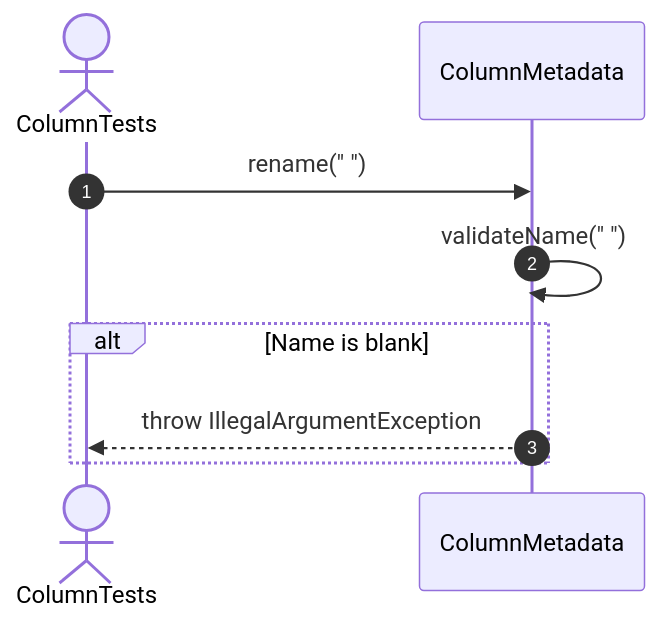
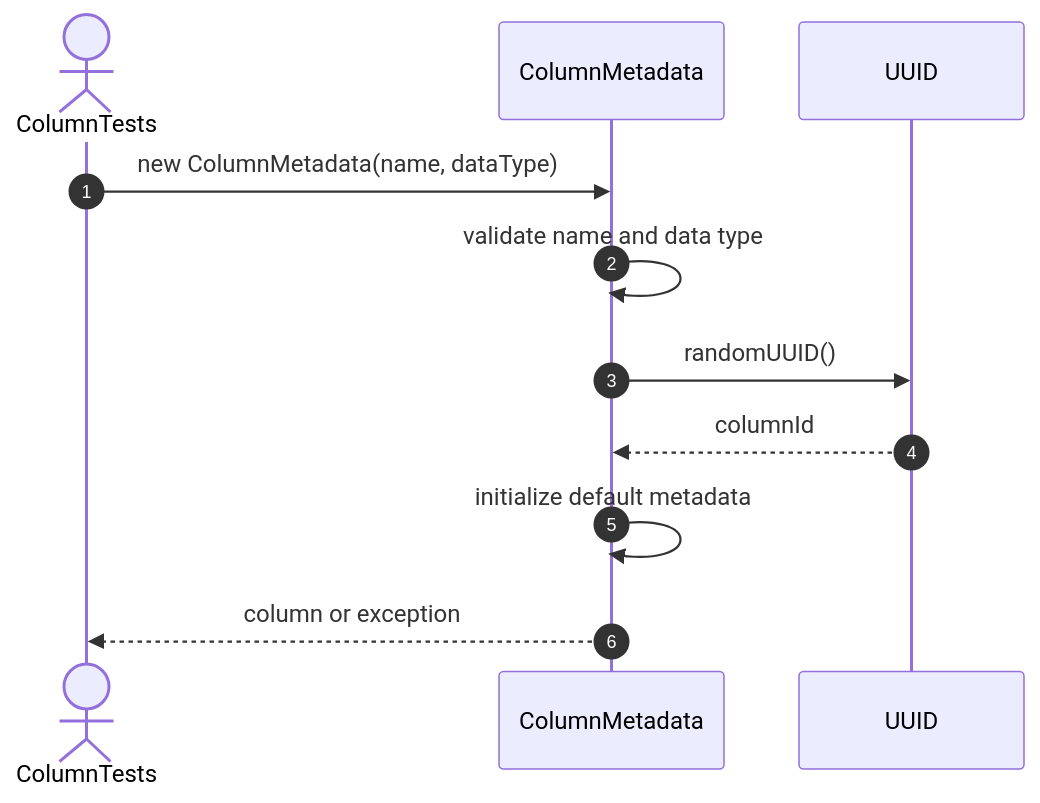
One commit to FhuAnn/-bbv-AN-s-DBMS changed the fifth of 55 diagrams in src/tests/unit/metadata/sequences/columns-testing.se.md. Above: the diagram before and after it, drawn with Mermaid. The commit also changed other lines of this file and 9 other files, not shown here.

````diff
--- a/src/tests/unit/metadata/sequences/columns-testing.se.md
+++ b/src/tests/unit/metadata/sequences/columns-testing.se.md
@@ -56,13 +75,14 @@
 ```mermaid
 sequenceDiagram
     autonumber
     actor Test as ColumnTests
     participant Column as ColumnMetadata
+    participant UUID as UUID
 
-    Test->>Column: rename(" ")
-    Column->>Column: validateName(" ")
-
-    alt Name is blank
-        Column-->>Test: throw IllegalArgumentException
-    end
+    Test->>Column: new ColumnMetadata(name, dataType)
+    Column->>Column: validate name and data type
+    Column->>UUID: randomUUID()
+    UUID-->>Column: columnId
+    Column->>Column: initialize default metadata
+    Column-->>Test: column or exception
 ```
````
